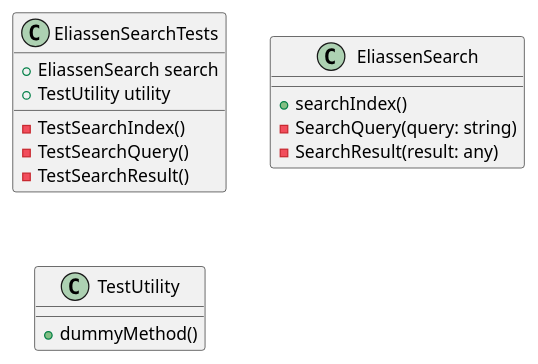
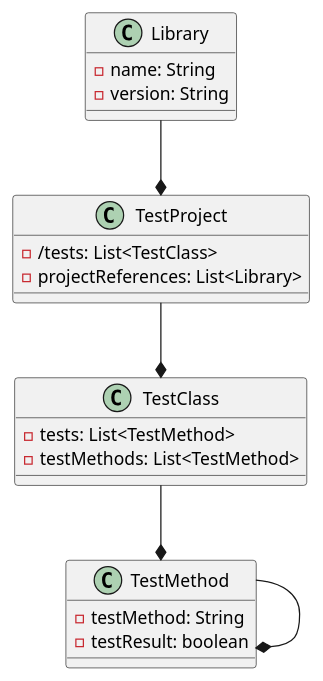
The diagram in docs/generated/Framework/Eliassen.Search.Tests/Documentation.md (mwwhited-forks/dotnet-libs), drawn with PlantUML before and after one commit. The commit also changed other lines of this file and 444 other files, not shown here.

````diff
--- a/docs/generated/Framework/Eliassen.Search.Tests/Documentation.md
+++ b/docs/generated/Framework/Eliassen.Search.Tests/Documentation.md
@@ -29,25 +9,28 @@
 ```plantuml
 @startuml
-class EliassenSearchTests {
-
-  +EliassenSearch search
-  +TestUtility utility
-
-  - TestSearchIndex()
-  - TestSearchQuery()
-  - TestSearchResult()
-
+class TestProject {
+  -/tests: List<TestClass>
+  -projectReferences: List<Library>
 }
 
-class EliassenSearch {
-  +searchIndex()
-  - SearchQuery(query: string)
-  - SearchResult(result: any)
+class TestClass {
+  -tests: List<TestMethod>
+  -testMethods: List<TestMethod>
 }
 
-class TestUtility {
-  + dummyMethod()
+class TestMethod {
+  -testMethod: String
+  -testResult: boolean
 }
 
+class Library {
+  -name: String
+  -version: String
+}
+
+TestProject --* TestClass
+TestClass --* TestMethod
+TestMethod --* TestMethod
+Library --* TestProject
 @enduml
 ```
````
